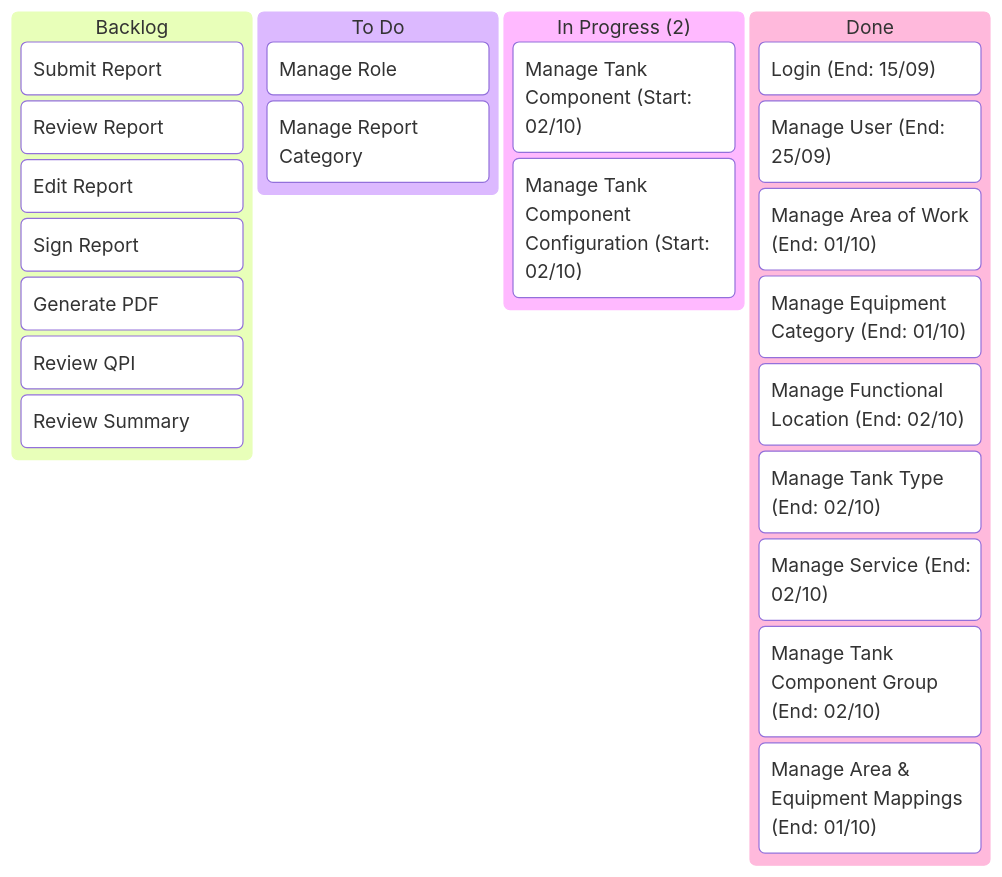
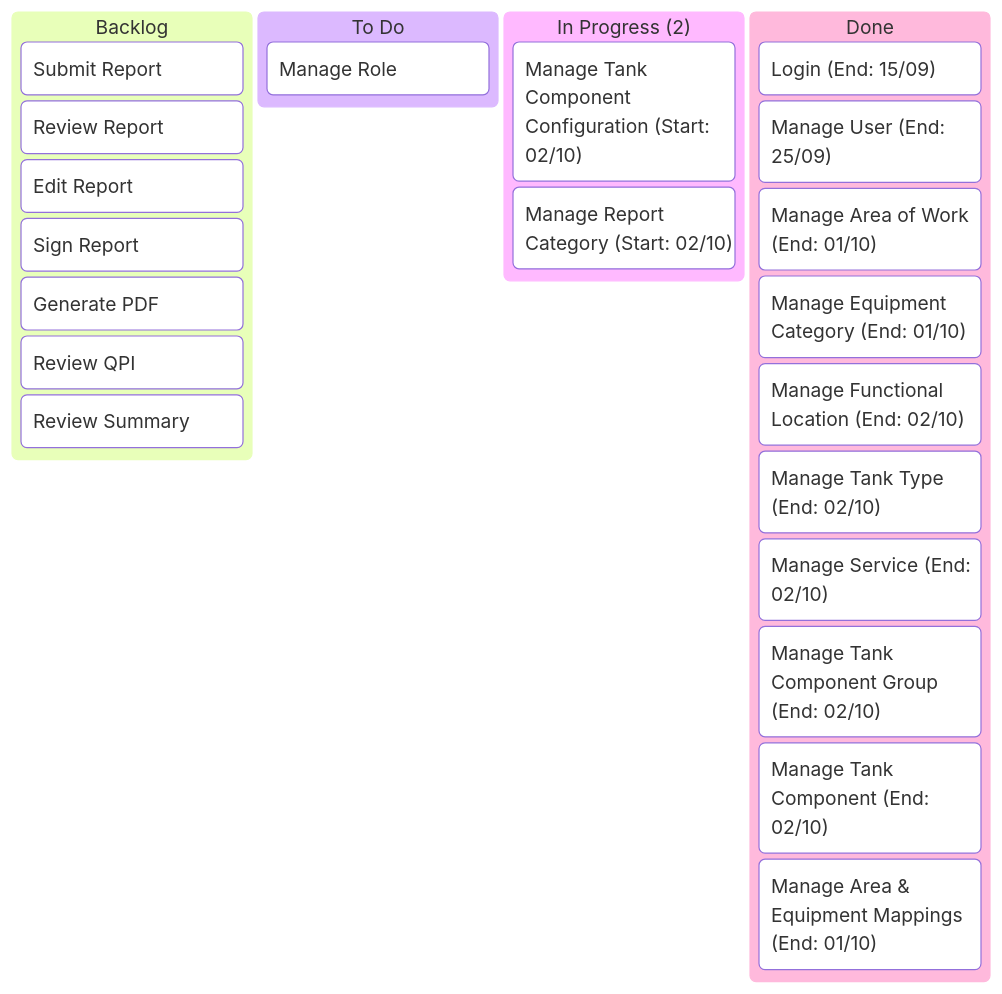
Before and after one commit to billdansr/kanban-boc-om: the diagram in Kanban/02-Kanban.md, drawn with Mermaid. The commit also changed 2 other files, not shown here.

Commit message:
vault backup: 2025-10-02 11:15:07
Manage Tank Component: In Progress -> Done. End in 02/10

Manage Report Category: To Do -> In Progress. Start in 02/10

````diff
--- a/Kanban/02-Kanban.md
+++ b/Kanban/02-Kanban.md
@@ -3,31 +3,31 @@
 ```mermaid
 kanban
   backlog[Backlog]
 	  b2[Submit Report]
 	  b3[Review Report]
 	  b4[Edit Report]
 	  b5[Sign Report]
 	  b6[Generate PDF]
 	  b7[Review QPI]
 	  b8[Review Summary]
 
   todo[To Do]
 	  t10[Manage Role]
 	  
-	  t19[Manage Report Category]
-
   inprogress["In Progress (2)"]
-	  i17["Manage Tank Component (Start: 02/10)"]
 	  t18["Manage Tank Component Configuration (Start: 02/10)"]
+	  t19["Manage Report Category (Start: 02/10)"]
+	  
 
   done[Done]
 	  d1["Login (End: 15/09)"]
 	  d9["Manage User (End: 25/09)"]
 	  d11["Manage Area of Work (End: 01/10)"]
 	  d12["Manage Equipment Category (End: 01/10)"]
 	  d13["Manage Functional Location (End: 02/10)"]
 	  d14["Manage Tank Type (End: 02/10)"]
 	  d15["Manage Service (End: 02/10)"]
 	  d16["Manage Tank Component Group (End: 02/10)"]
+	  d17["Manage Tank Component (End: 02/10)"]
 	  d20["Manage Area & Equipment Mappings (End: 01/10)"]
 ```
````
